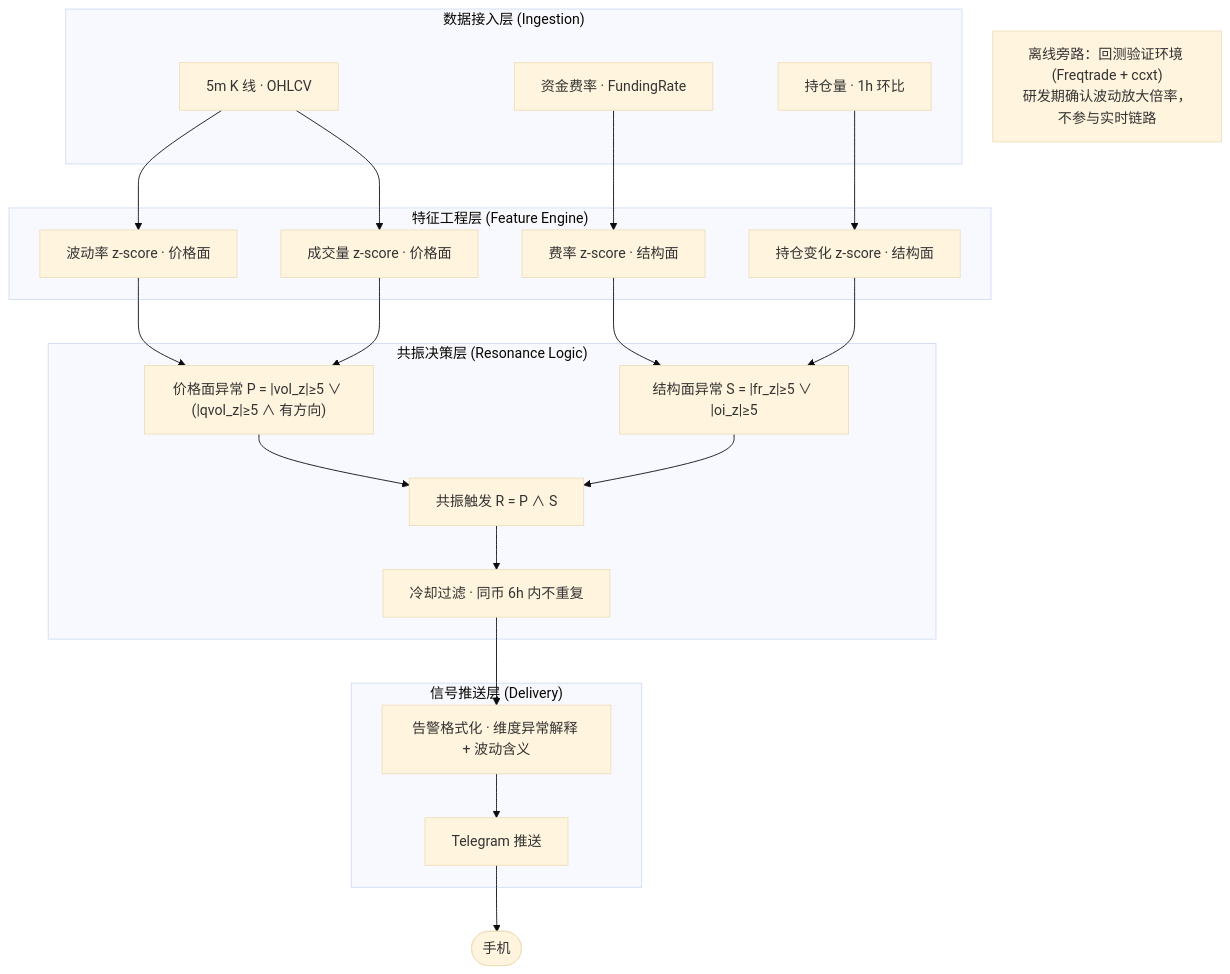
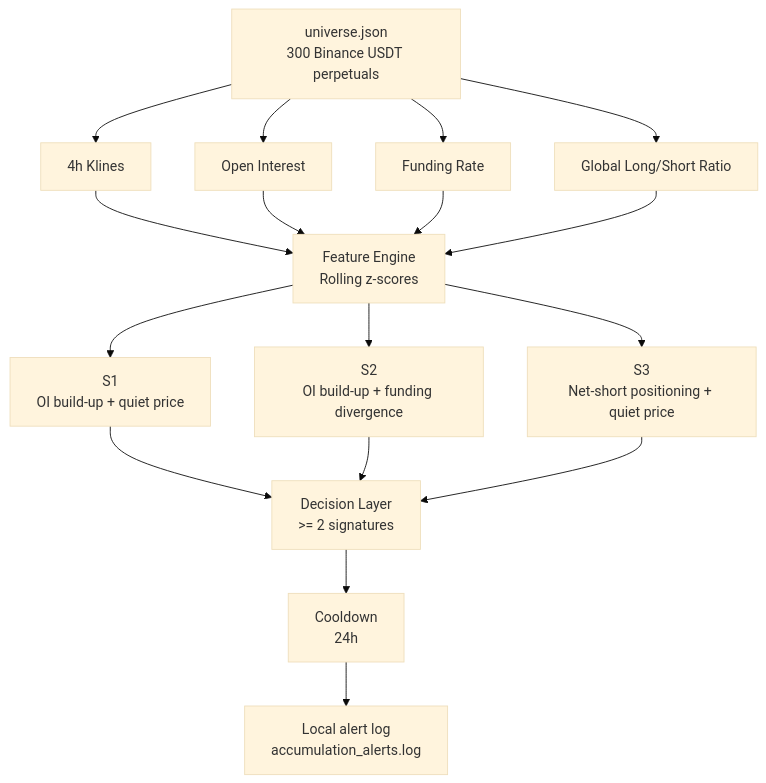
The diagram in README.md (sun97956/crypto-resonance-monitor), drawn with Mermaid (base theme) before and after one commit. The commit also changed other lines of this file and 12 other files, not shown here.

````diff
--- a/README.md
+++ b/README.md
@@ -54,46 +124,43 @@
 ```mermaid
 flowchart TD
-    subgraph ING["数据接入层 (Ingestion)"]
-        K["5m K 线 · OHLCV"]
-        FR["资金费率 · FundingRate"]
-        OI["持仓量 · 1h 环比"]
-    end
 
-    subgraph FEAT["特征工程层 (Feature Engine)"]
-        ZVOL["波动率 z-score · 价格面"]
-        ZQVOL["成交量 z-score · 价格面"]
-        ZFR["费率 z-score · 结构面"]
-        ZOI["持仓变化 z-score · 结构面"]
-    end
+    U["universe.json<br/>300 Binance USDT perpetuals"]
 
-    subgraph RES["共振决策层 (Resonance Logic)"]
-        P["价格面异常 P = |vol_z|≥5 ∨ (|qvol_z|≥5 ∧ 有方向)"]
-        S["结构面异常 S = |fr_z|≥5 ∨ |oi_z|≥5"]
-        R["共振触发 R = P ∧ S"]
-        C["冷却过滤 · 同币 6h 内不重复"]
-    end
+    D1["4h Klines"]
+    D2["Open Interest"]
+    D3["Funding Rate"]
+    D4["Global Long/Short Ratio"]
 
-    subgraph DEL["信号推送层 (Delivery)"]
-        FMT["告警格式化 · 维度异常解释 + 波动含义"]
-        TG["Telegram 推送"]
-    end
+    F["Feature Engine<br/>Rolling z-scores"]
 
-    K --> ZVOL
-    K --> ZQVOL
-    FR --> ZFR
-    OI --> ZOI
+    S1["S1<br/>OI build-up + quiet price"]
+    S2["S2<br/>OI build-up + funding divergence"]
+    S3["S3<br/>Net-short positioning + quiet price"]
 
-    ZVOL --> P
-    ZQVOL --> P
-    ZFR --> S
-    ZOI --> S
+    R["Decision Layer<br/>>= 2 signatures"]
 
-    P --> R
-    S --> R
+    C["Cooldown<br/>24h"]
+
+    L["Local alert log<br/>accumulation_alerts.log"]
+
+    U --> D1
+    U --> D2
+    U --> D3
+    U --> D4
+
+    D1 --> F
+    D2 --> F
+    D3 --> F
+    D4 --> F
+
+    F --> S1
+    F --> S2
+    F --> S3
+
+    S1 --> R
+    S2 --> R
+    S3 --> R
+
     R --> C
-    C --> FMT
-    FMT --> TG
-    TG --> USER(["手机"])
-
-    BACK["离线旁路：回测验证环境 (Freqtrade + ccxt)<br>研发期确认波动放大倍率，不参与实时链路"]
+    C --> L
 ```
````
